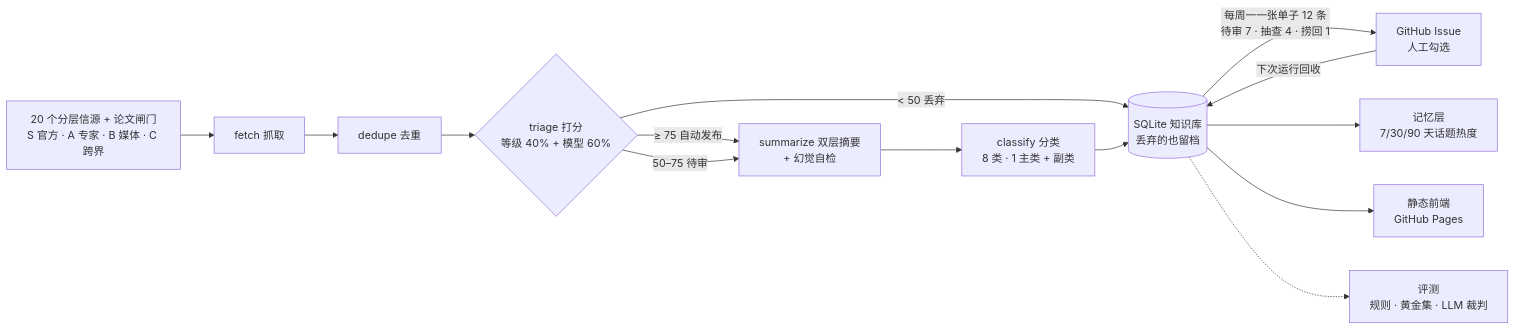
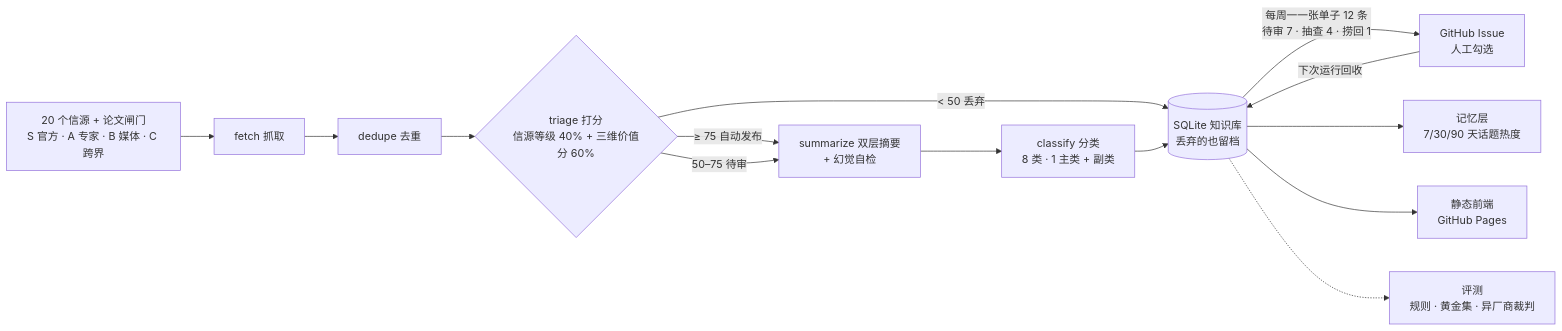
The diagram in README.md (wenboxia/airadar), drawn with Mermaid before and after one commit. The commit also changed other lines of this file and 11 other files, not shown here.

First line of the commit message:
README 重做：中英两版、横幅、截图、运行数据图

````diff
--- a/README.md
+++ b/README.md
@@ -7,14 +130,14 @@
 ```mermaid
 flowchart LR
-    SRC["20 个分层信源 + 论文闸门<br/>S 官方 · A 专家 · B 媒体 · C 跨界"] --> F["fetch 抓取"]
-    F --> D["dedupe 去重"] --> T{"triage 打分<br/>等级 40% + 模型 60%"}
+    SRC["20 个信源 + 论文闸门<br/>S 官方 · A 专家 · B 媒体 · C 跨界"] --> F["fetch 抓取"]
+    F --> D["dedupe 去重"] --> T{"triage 打分<br/>信源等级 40% + 三维价值分 60%"}
     T -->|"≥ 75 自动发布"| S["summarize 双层摘要<br/>+ 幻觉自检"]
     T -->|"50–75 待审"| S
     T -->|"< 50 丢弃"| DB
     S --> C["classify 分类<br/>8 类 · 1 主类 + 副类"] --> DB[("SQLite 知识库<br/>丢弃的也留档")]
     DB -->|"每周一一张单子 12 条<br/>待审 7 · 抽查 4 · 捞回 1"| I["GitHub Issue<br/>人工勾选"]
     I -->|"下次运行回收"| DB
     DB --> M["记忆层<br/>7/30/90 天话题热度"]
     DB --> W["静态前端<br/>GitHub Pages"]
-    DB -.-> E["评测<br/>规则 · 黄金集 · LLM 裁判"]
+    DB -.-> E["评测<br/>规则 · 黄金集 · 异厂商裁判"]
 ```
````
